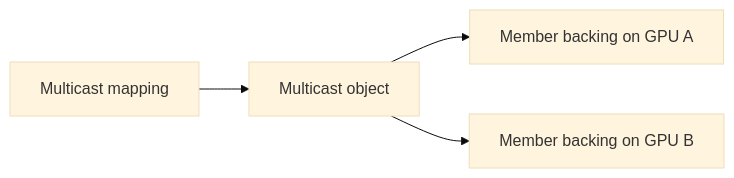
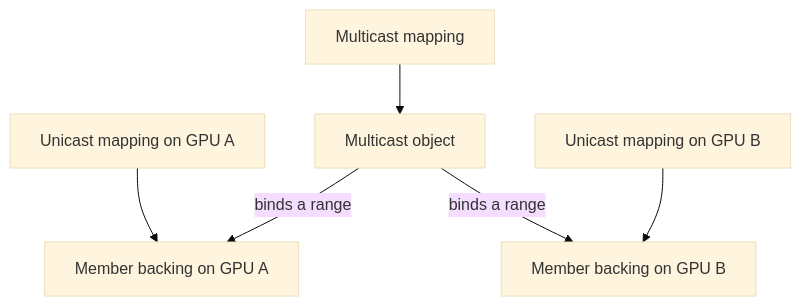
One commit to sheetal104/snapshot changed the third of 10 diagrams in docs/proposals/295-cuinterpose/README.md. Above: the diagram before and after it, drawn with Mermaid (base theme). The commit also changed other lines of this file, not shown here.

````diff
--- a/docs/proposals/295-cuinterpose/README.md
+++ b/docs/proposals/295-cuinterpose/README.md
@@ -208,6 +208,8 @@
 ```mermaid
-flowchart LR
+flowchart TB
+    UA["Unicast mapping on GPU A"] --> A["Member backing on GPU A"]
     M["Multicast mapping"] --> O["Multicast object"]
-    O --> A["Member backing on GPU A"]
-    O --> B["Member backing on GPU B"]
+    UB["Unicast mapping on GPU B"] --> B["Member backing on GPU B"]
+    O -->|binds a range| A
+    O -->|binds a range| B
 ```
````
